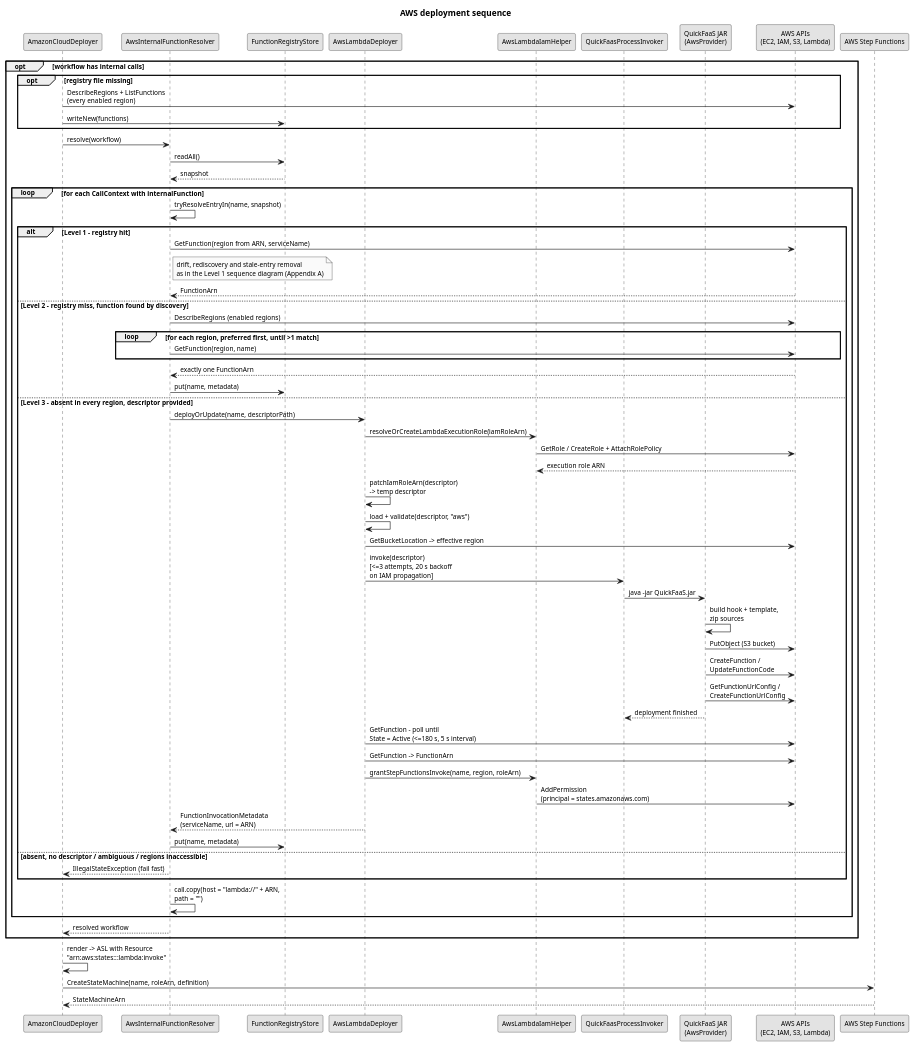
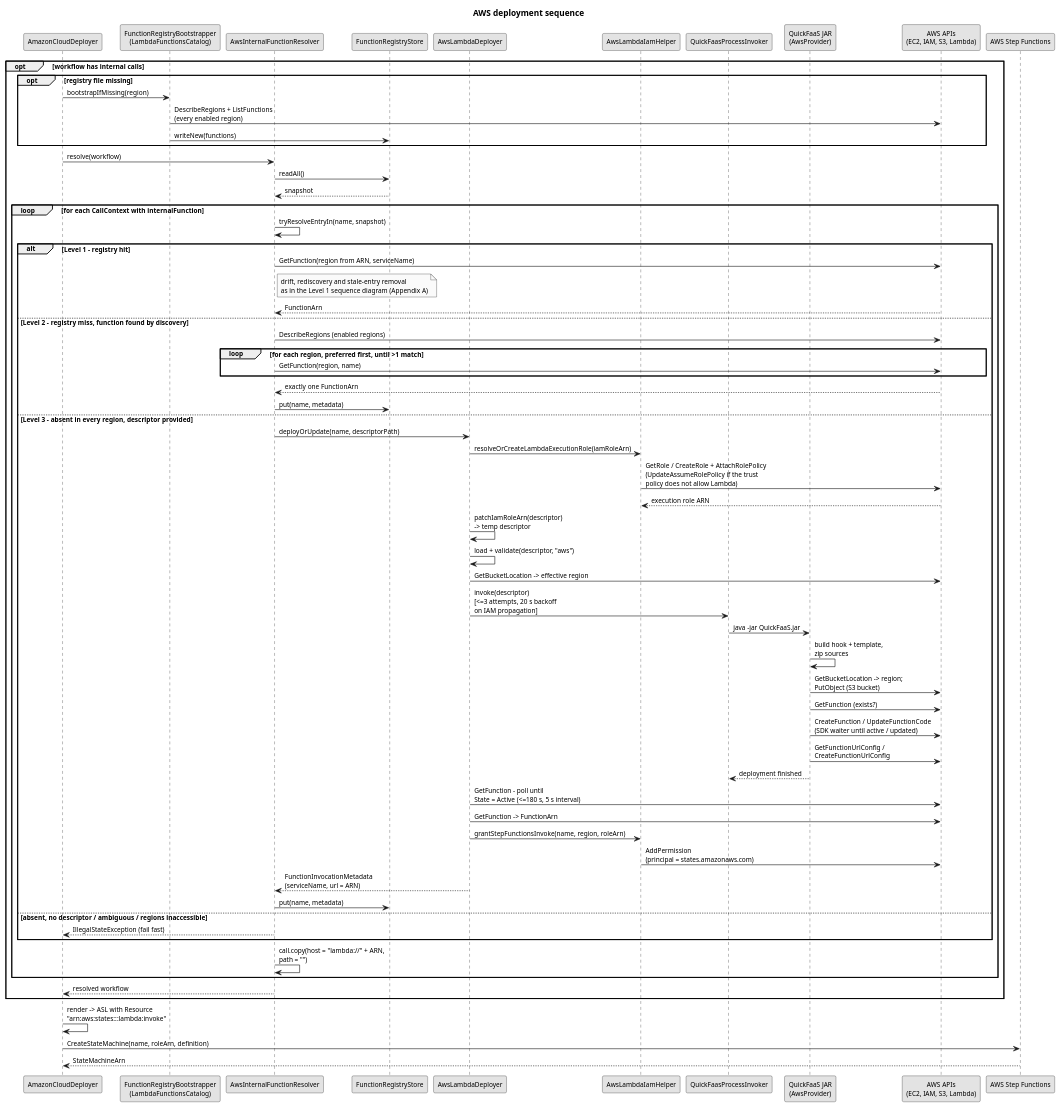
The diagram in diagrams/aws-deploy-sequence.puml (EngenheiroPedroCarvalho/ISEL-Thesis-2526), drawn with PlantUML before and after one commit. The commit also changed 17 other files, not shown here.

First line of the commit message:
Fill in the smaller gaps between the diagrams, the code and the text

```diff
--- a/diagrams/aws-deploy-sequence.puml
+++ b/diagrams/aws-deploy-sequence.puml
@@ -1,72 +1,75 @@
 @startuml aws-deploy-sequence
 skinparam monochrome true
 skinparam shadowing false
 skinparam defaultFontSize 11
 title AWS deployment sequence
 
 participant "AmazonCloudDeployer" as ACD
+participant "FunctionRegistryBootstrapper\n(LambdaFunctionsCatalog)" as BOOT
 participant "AwsInternalFunctionResolver" as R
 participant "FunctionRegistryStore" as REG
 participant "AwsLambdaDeployer" as ALD
 participant "AwsLambdaIamHelper" as IAM
 participant "QuickFaasProcessInvoker" as PI
 participant "QuickFaaS JAR\n(AwsProvider)" as QF
 participant "AWS APIs\n(EC2, IAM, S3, Lambda)" as AWS
 participant "AWS Step Functions" as SFN
 
 opt workflow has internal calls
   opt registry file missing
-    ACD -> AWS : DescribeRegions + ListFunctions\n(every enabled region)
-    ACD -> REG : writeNew(functions)
+    ACD -> BOOT : bootstrapIfMissing(region)
+    BOOT -> AWS : DescribeRegions + ListFunctions\n(every enabled region)
+    BOOT -> REG : writeNew(functions)
   end
   ACD -> R : resolve(workflow)
   R -> REG : readAll()
   REG --> R : snapshot
   loop for each CallContext with internalFunction
     R -> R : tryResolveEntryIn(name, snapshot)
     alt Level 1 - registry hit
       R -> AWS : GetFunction(region from ARN, serviceName)
       note right of R
         drift, rediscovery and stale-entry removal
         as in the Level 1 sequence diagram (Appendix A)
       end note
       AWS --> R : FunctionArn
     else Level 2 - registry miss, function found by discovery
       R -> AWS : DescribeRegions (enabled regions)
       loop for each region, preferred first, until >1 match
         R -> AWS : GetFunction(region, name)
       end
       AWS --> R : exactly one FunctionArn
       R -> REG : put(name, metadata)
     else Level 3 - absent in every region, descriptor provided
       R -> ALD : deployOrUpdate(name, descriptorPath)
       ALD -> IAM : resolveOrCreateLambdaExecutionRole(iamRoleArn)
-      IAM -> AWS : GetRole / CreateRole + AttachRolePolicy
+      IAM -> AWS : GetRole / CreateRole + AttachRolePolicy\n(UpdateAssumeRolePolicy if the trust\npolicy does not allow Lambda)
       AWS --> IAM : execution role ARN
       ALD -> ALD : patchIamRoleArn(descriptor)\n-> temp descriptor
       ALD -> ALD : load + validate(descriptor, "aws")
       ALD -> AWS : GetBucketLocation -> effective region
       ALD -> PI : invoke(descriptor)\n[<=3 attempts, 20 s backoff\non IAM propagation]
       PI -> QF : java -jar QuickFaaS.jar
       QF -> QF : build hook + template,\nzip sources
-      QF -> AWS : PutObject (S3 bucket)
-      QF -> AWS : CreateFunction /\nUpdateFunctionCode
+      QF -> AWS : GetBucketLocation -> region;\nPutObject (S3 bucket)
+      QF -> AWS : GetFunction (exists?)
+      QF -> AWS : CreateFunction / UpdateFunctionCode\n(SDK waiter until active / updated)
       QF -> AWS : GetFunctionUrlConfig /\nCreateFunctionUrlConfig
       QF --> PI : deployment finished
       ALD -> AWS : GetFunction - poll until\nState = Active (<=180 s, 5 s interval)
       ALD -> AWS : GetFunction -> FunctionArn
       ALD -> IAM : grantStepFunctionsInvoke(name, region, roleArn)
       IAM -> AWS : AddPermission\n(principal = states.amazonaws.com)
       ALD --> R : FunctionInvocationMetadata\n(serviceName, url = ARN)
       R -> REG : put(name, metadata)
     else absent, no descriptor / ambiguous / regions inaccessible
       R --> ACD : IllegalStateException (fail fast)
     end
     R -> R : call.copy(host = "lambda://" + ARN,\npath = "")
   end
   R --> ACD : resolved workflow
 end
 ACD -> ACD : render -> ASL with Resource\n"arn:aws:states:::lambda:invoke"
 ACD -> SFN : CreateStateMachine(name, roleArn, definition)
 SFN --> ACD : StateMachineArn
 @enduml
```
